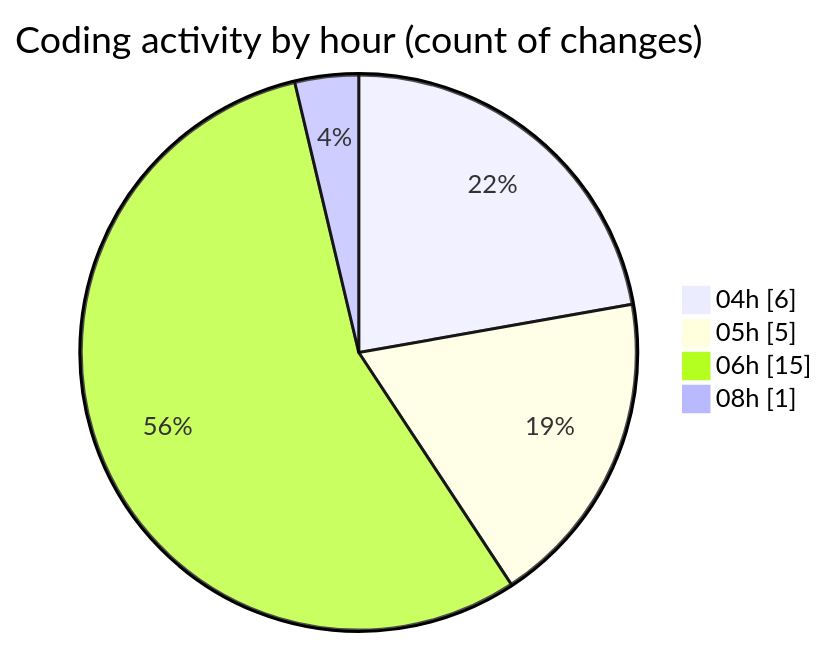
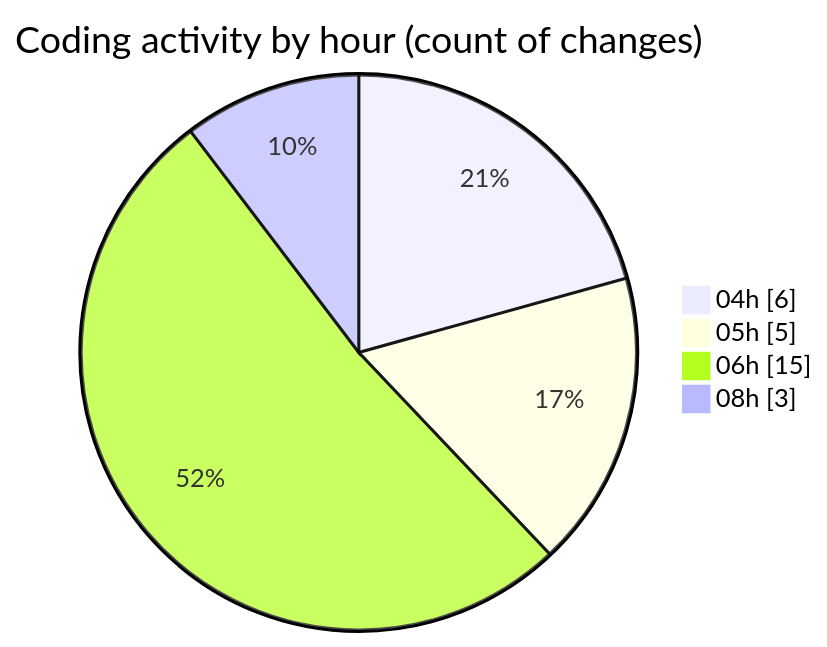
The second of 2 diagrams in 2025-03-23/zeytoon/README.md (vahidmafi/code-tracking), drawn with Mermaid before and after one commit. The commit also changed other lines of this file and 1 other file, not shown here.

````diff
--- a/2025-03-23/zeytoon/README.md
+++ b/2025-03-23/zeytoon/README.md
@@ -37,8 +38,8 @@
 ```mermaid
 pie showData
 title Coding activity by hour (count of changes)
 "04h" : 6
 "05h" : 5
 "06h" : 15
-"08h" : 1
+"08h" : 3
 ```
````
